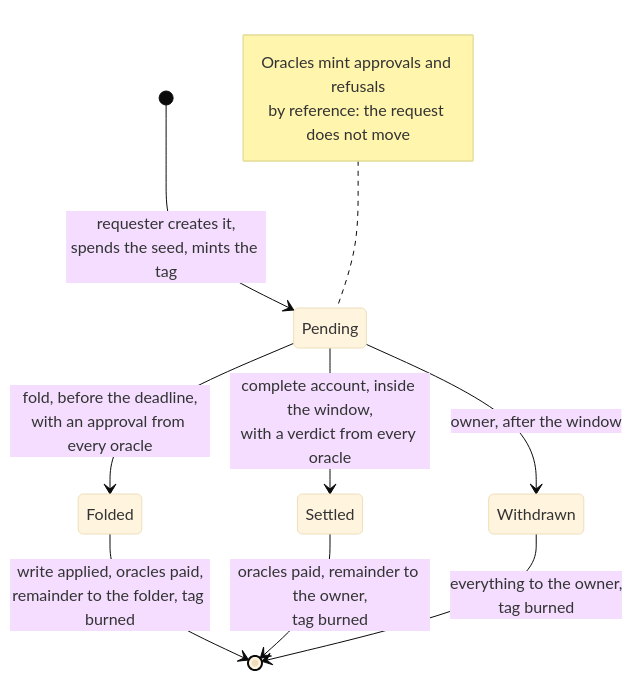
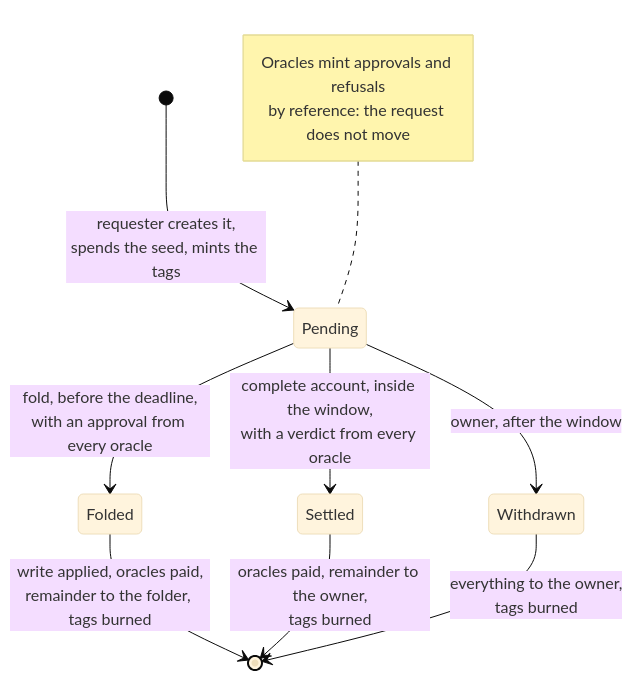
One commit to cardano-foundation/cardano-mpfs-onchain changed the first of 6 diagrams in docs/design/registries/lifecycle.md. Above: the diagram before and after it, drawn with Mermaid (base theme). The commit also changed other lines of this file and 5 other files, not shown here.

````diff
--- a/docs/design/registries/lifecycle.md
+++ b/docs/design/registries/lifecycle.md
@@ -13,14 +13,14 @@
 ```mermaid
 stateDiagram-v2
-  [*] --> Pending: requester creates it,<br/>spends the seed, mints the tag
+  [*] --> Pending: requester creates it,<br/>spends the seed, mints the tags
   Pending --> Folded: fold, before the deadline,<br/>with an approval from every oracle
   Pending --> Settled: complete account, inside the window,<br/>with a verdict from every oracle
   Pending --> Withdrawn: owner, after the window
-  Folded --> [*]: write applied, oracles paid,<br/>remainder to the folder, tag burned
-  Settled --> [*]: oracles paid, remainder to the owner,<br/>tag burned
-  Withdrawn --> [*]: everything to the owner,<br/>tag burned
+  Folded --> [*]: write applied, oracles paid,<br/>remainder to the folder, tags burned
+  Settled --> [*]: oracles paid, remainder to the owner,<br/>tags burned
+  Withdrawn --> [*]: everything to the owner,<br/>tags burned
   note left of Pending
     Oracles mint approvals and refusals
     by reference: the request does not move
   end note
 ```
````
